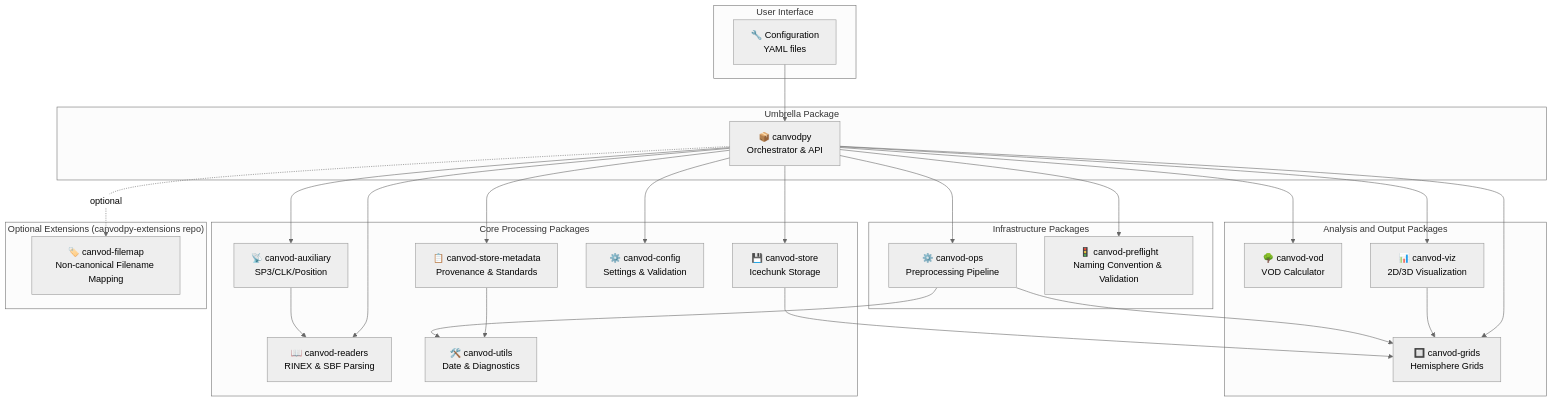
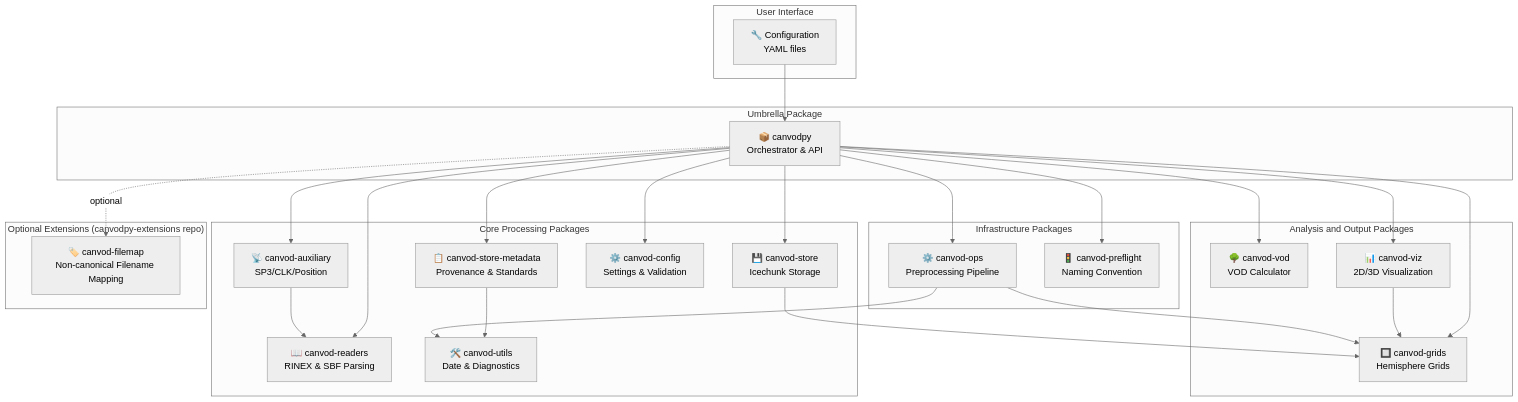
One commit to nfb2021/canvodpy changed the first of 3 diagrams in README.md. Above: the diagram before and after it, drawn with Mermaid (neutral theme). The commit also changed other lines of this file and 26 other files, not shown here.

First line of the commit message:
feat(preflight): keep only the naming convention, deprecate mapping and validation

````diff
--- a/README.md
+++ b/README.md
@@ -47,54 +47,54 @@
 ```mermaid
 graph TB
     subgraph UI[User Interface]
         Config["🔧 Configuration<br/>YAML files"]
     end
 
     subgraph Umbrella[Umbrella Package]
         Canvodpy["📦 canvodpy<br/>Orchestrator & API"]
     end
 
     subgraph CorePkg[Core Processing Packages]
         Readers["📖 canvod-readers<br/>RINEX & SBF Parsing"]
         Aux["📡 canvod-auxiliary<br/>SP3/CLK/Position"]
         Store["💾 canvod-store<br/>Icechunk Storage"]
         StoreMeta["📋 canvod-store-metadata<br/>Provenance & Standards"]
         CanvodConfig["⚙️ canvod-config<br/>Settings & Validation"]
         Utils["🛠️ canvod-utils<br/>Date & Diagnostics"]
     end
 
     subgraph AnalysisPkg[Analysis and Output Packages]
         VOD["🌳 canvod-vod<br/>VOD Calculator"]
         Grids["🔲 canvod-grids<br/>Hemisphere Grids"]
         Viz["📊 canvod-viz<br/>2D/3D Visualization"]
     end
 
     subgraph InfraPkg[Infrastructure Packages]
         Ops["⚙️ canvod-ops<br/>Preprocessing Pipeline"]
-        Preflight["🚦 canvod-preflight<br/>Naming Convention & Validation"]
+        Preflight["🚦 canvod-preflight<br/>Naming Convention"]
     end
 
     subgraph ExtPkg["Optional Extensions (canvodpy-extensions repo)"]
         Filemap["🏷️ canvod-filemap<br/>Non-canonical Filename Mapping"]
     end
 
     Config --> Canvodpy
     Canvodpy --> Readers
     Canvodpy --> Aux
     Canvodpy --> Store
     Canvodpy --> StoreMeta
     Canvodpy --> CanvodConfig
     Canvodpy --> VOD
     Canvodpy --> Grids
     Canvodpy --> Viz
     Canvodpy --> Ops
     Canvodpy --> Preflight
     Canvodpy -.optional.-> Filemap
 
     Aux --> Readers
     Store --> Grids
     StoreMeta --> Utils
     Viz --> Grids
     Ops --> Grids
     Ops --> Utils
 ```
````
